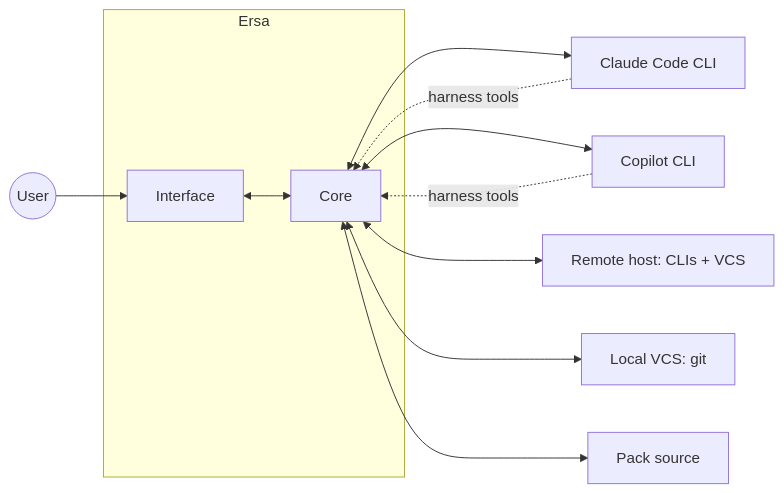
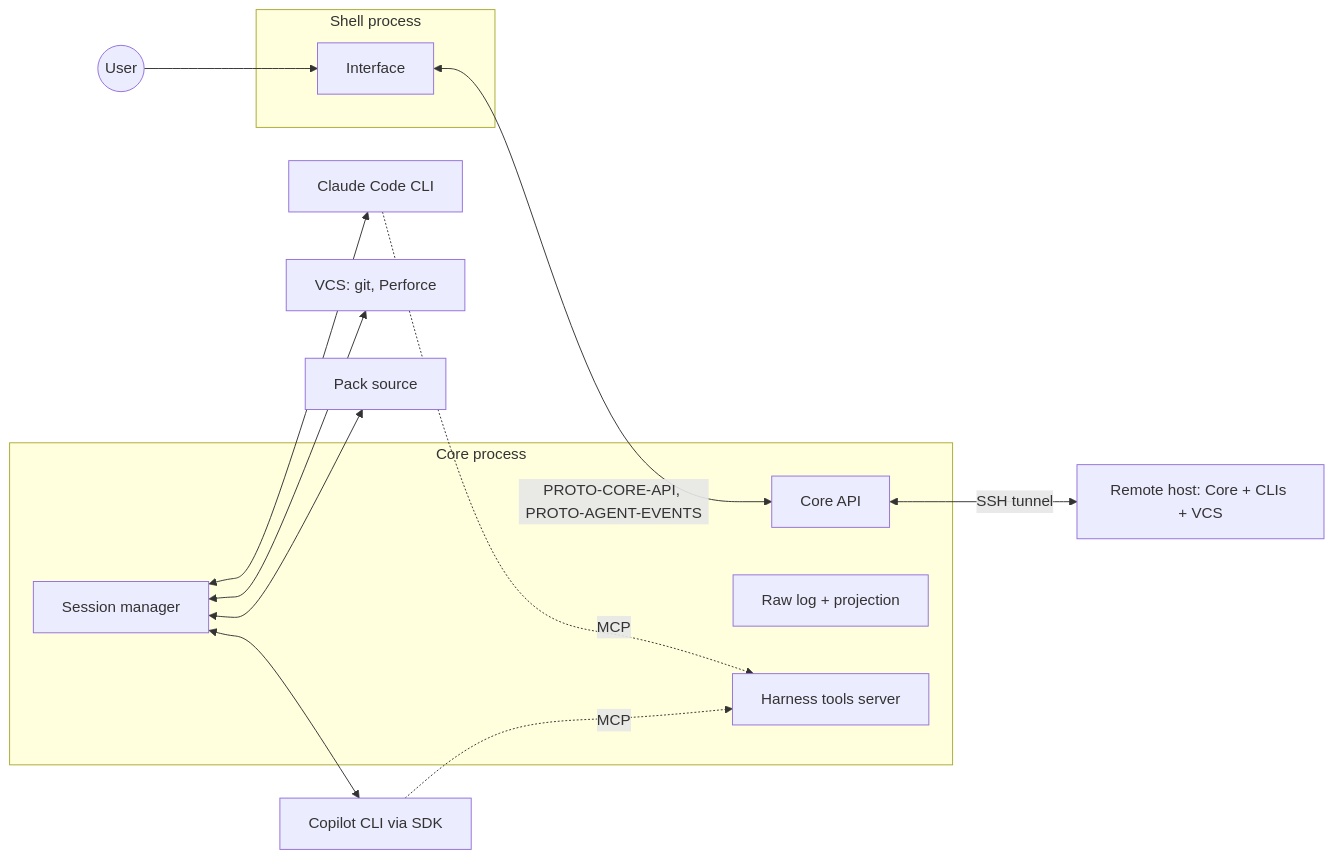
Before and after one commit to CYGNAL-WORKS/ersa: the diagram in docs/briefs/ARCH-CORE.md, drawn with Mermaid. The commit also changed other lines of this file and 35 other files, not shown here.

````diff
--- a/docs/briefs/ARCH-CORE.md
+++ b/docs/briefs/ARCH-CORE.md
@@ -16,22 +17,27 @@
 ```mermaid
 flowchart LR
   user((User))
-  subgraph ersa [Ersa]
+  subgraph shell [Shell process]
     ui[Interface]
-    core[Core]
+  end
+  subgraph core [Core process]
+    api[Core API]
+    sm[Session manager]
+    log[Raw log + projection]
+    tools[Harness tools server]
   end
   claude[Claude Code CLI]
-  copilot[Copilot CLI]
-  remote[Remote host: CLIs + VCS]
-  vcs[Local VCS: git]
+  copilot[Copilot CLI via SDK]
+  remote[Remote host: Core + CLIs + VCS]
+  vcs[VCS: git, Perforce]
   packs[Pack source]
   user --> ui
-  ui <--> core
-  core <--> claude
-  core <--> copilot
-  core <--> remote
-  core <--> vcs
-  core <--> packs
-  claude -.harness tools.-> core
-  copilot -.harness tools.-> core
+  ui <-->|PROTO-CORE-API, PROTO-AGENT-EVENTS| api
+  sm <--> claude
+  sm <--> copilot
+  api <-->|SSH tunnel| remote
+  sm <--> vcs
+  sm <--> packs
+  claude -.MCP.-> tools
+  copilot -.MCP.-> tools
 ```
````
